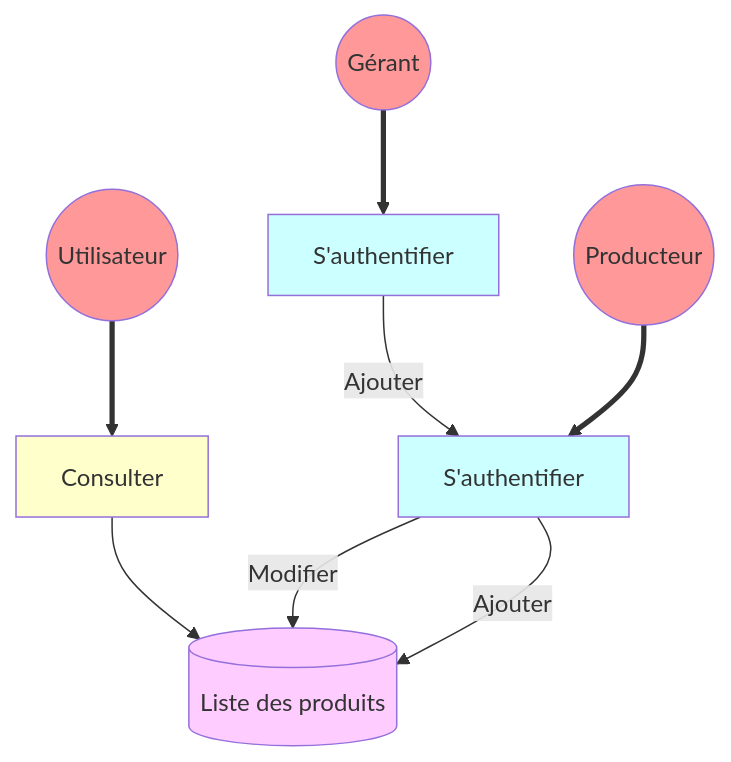
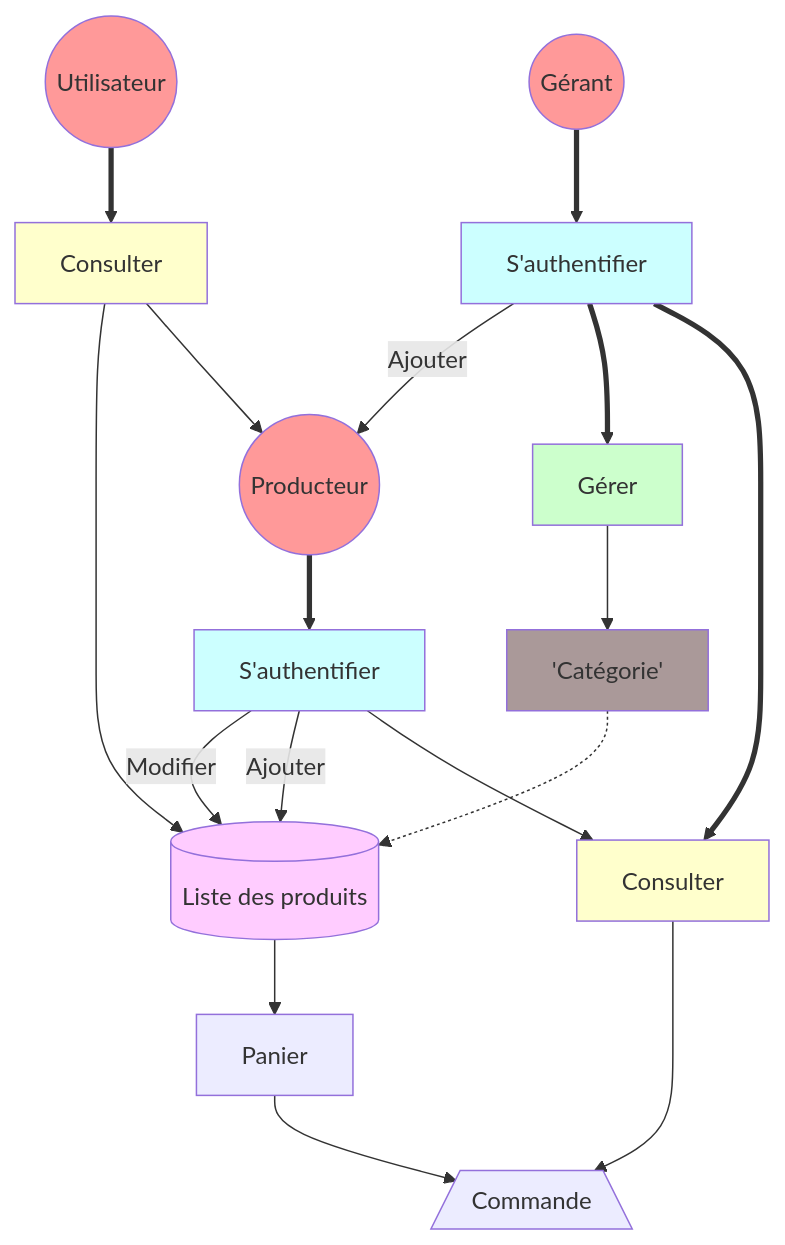
Before and after one commit to Thomas-Dautec/Atelier1: the diagram in test.md, drawn with Mermaid. The commit also changed other lines of this file, not shown here.

Commit message:
test mermaid

````diff
--- a/test.md
+++ b/test.md
@@ -9,36 +9,58 @@
 ```mermaid
 flowchart TB
 
 a((Utilisateur))
 A[Consulter]
 A'[(Liste des produits)]
 
 b((Gérant))
 B[S'authentifier]
+B'[Consulter]
 
 c((Producteur))
 C[S'authentifier]
+
+d[/Commande\]
+D[Gérer]
+
+e['Catégorie']
+E[Panier]
+
 
 
 
 style a  fill:#F99
 style b  fill:#f99
 style c  fill:#f99
+style e  fill:#a99
 
 style A  fill:#ffc
+style B' fill:#ffc
 style B  fill:#cff
 style C  fill:#cff
+style D  fill:#cfc
 
 
 style A'  fill:#fcf
 
 a==>A
 A-->A'
+A-->c
+e-.->A'
+A'-->E
 
 b==>B
-B--Ajouter-->C
+B--Ajouter-->c
+B==>D 
+B==>B' 
+B'-->d
 
 c==>C 
 C--Modifier-->A'
 C--Ajouter-->A'
+C-->B'
+
+D-->e
+
+E-->d
 ```
````
